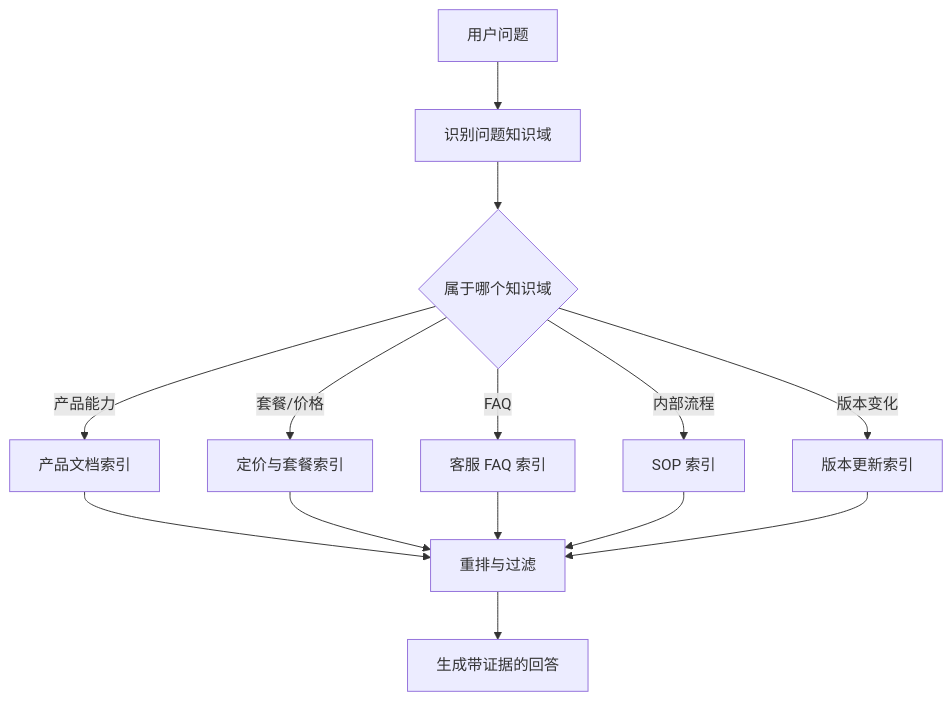
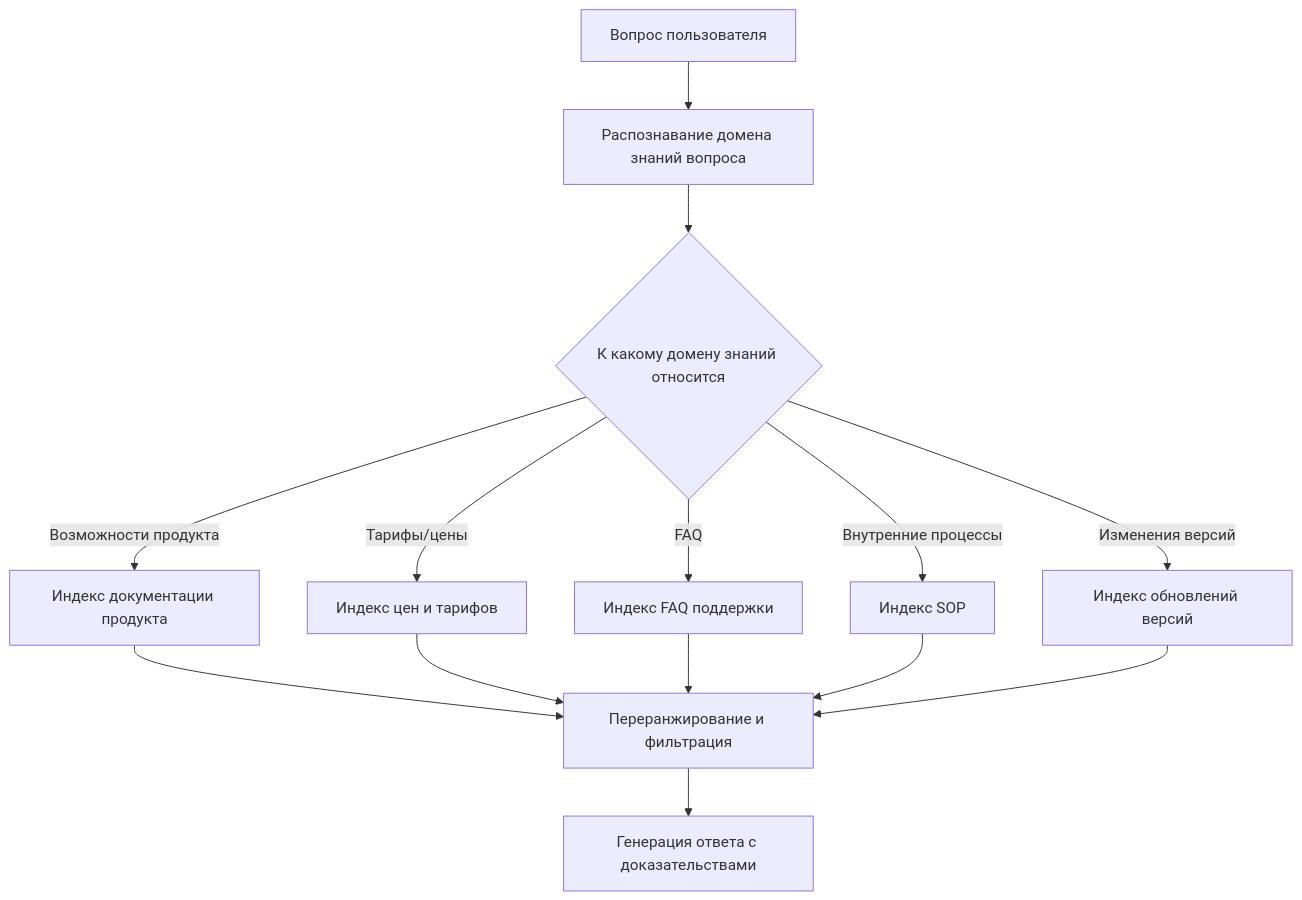
One commit to Libertad-Harbour-LLC/study_vibe changed the second of 2 diagrams in docs/ru-ru/stage-3/ai-advanced/llamaindex-enterprise-knowledge-base/index.md. Above: the diagram before and after it, drawn with Mermaid. The commit also changed other lines of this file and 4 other files, not shown here.

````diff
--- a/docs/ru-ru/stage-3/ai-advanced/llamaindex-enterprise-knowledge-base/index.md
+++ b/docs/ru-ru/stage-3/ai-advanced/llamaindex-enterprise-knowledge-base/index.md
@@ -124,16 +124,16 @@
 ```mermaid
 flowchart TD
-    A["用户问题"] --> B["识别问题知识域"]
-    B --> C{"属于哪个知识域"}
-    C -- 产品能力 --> D["产品文档索引"]
-    C -- 套餐/价格 --> E["定价与套餐索引"]
-    C -- FAQ --> F["客服 FAQ 索引"]
-    C -- 内部流程 --> G["SOP 索引"]
-    C -- 版本变化 --> H["版本更新索引"]
-    D --> I["重排与过滤"]
+    A["Вопрос пользователя"] --> B["Распознавание домена знаний вопроса"]
+    B --> C{"К какому домену знаний относится"}
+    C -- Возможности продукта --> D["Индекс документации продукта"]
+    C -- Тарифы/цены --> E["Индекс цен и тарифов"]
+    C -- FAQ --> F["Индекс FAQ поддержки"]
+    C -- Внутренние процессы --> G["Индекс SOP"]
+    C -- Изменения версий --> H["Индекс обновлений версий"]
+    D --> I["Переранжирование и фильтрация"]
     E --> I
     F --> I
     G --> I
     H --> I
-    I --> J["生成带证据的回答"]
+    I --> J["Генерация ответа с доказательствами"]
 ```
````
